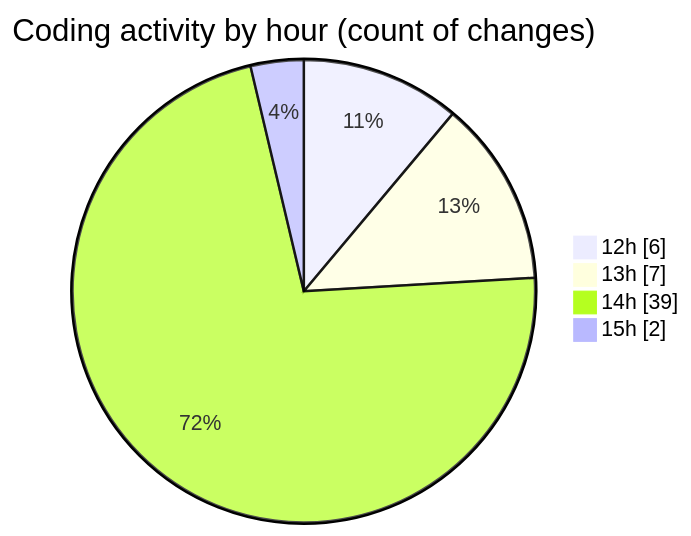
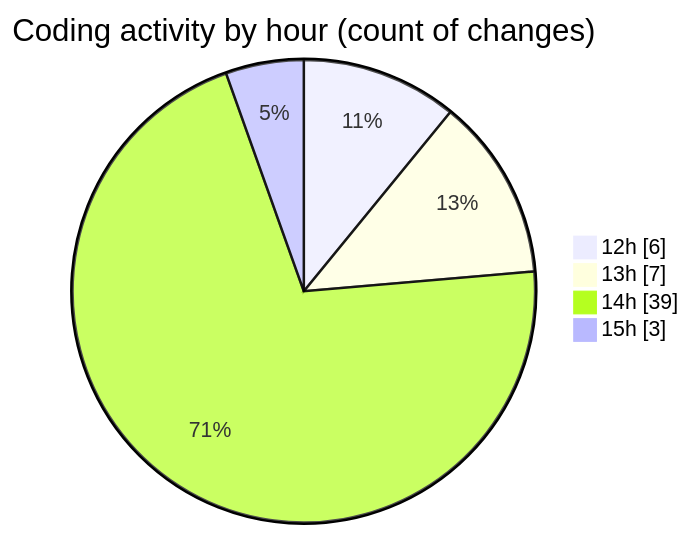
The second of 2 diagrams in 2025-05-26/nxtqube_webapp/README.md (nxtqubesakshisongat/code-tracking), drawn with Mermaid before and after one commit. The commit also changed other lines of this file and 1 other file, not shown here.

````diff
--- a/2025-05-26/nxtqube_webapp/README.md
+++ b/2025-05-26/nxtqube_webapp/README.md
@@ -28,8 +28,8 @@
 ```mermaid
 pie showData
 title Coding activity by hour (count of changes)
 "12h" : 6
 "13h" : 7
 "14h" : 39
-"15h" : 2
+"15h" : 3
 ```
````
